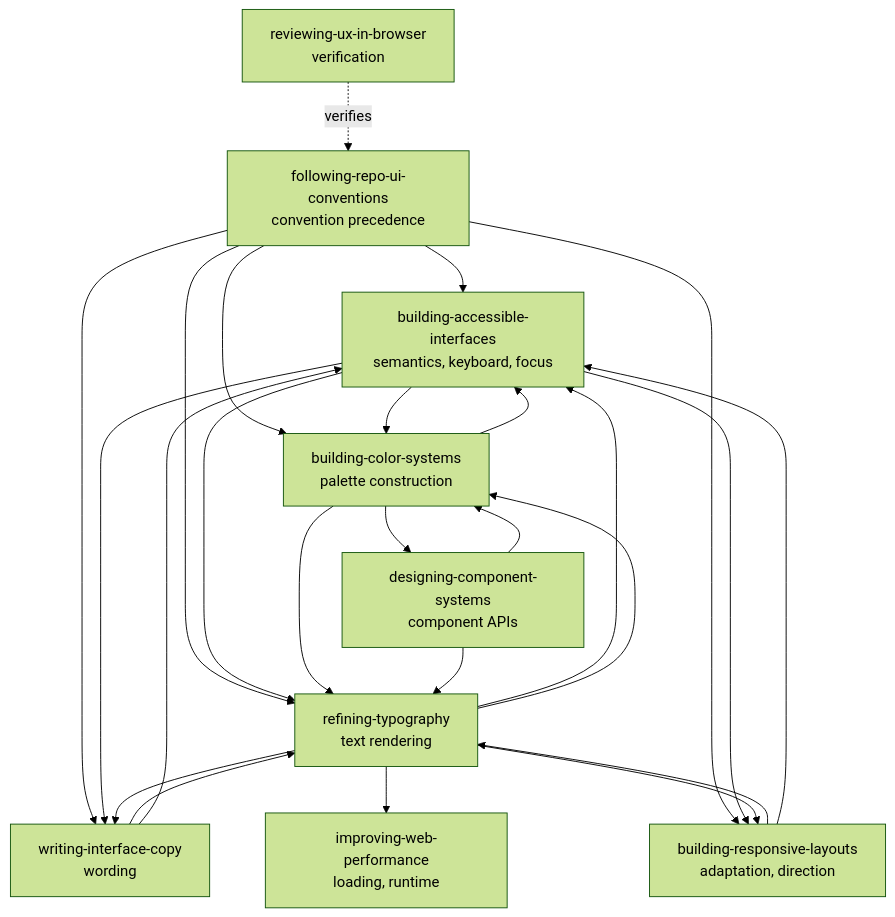
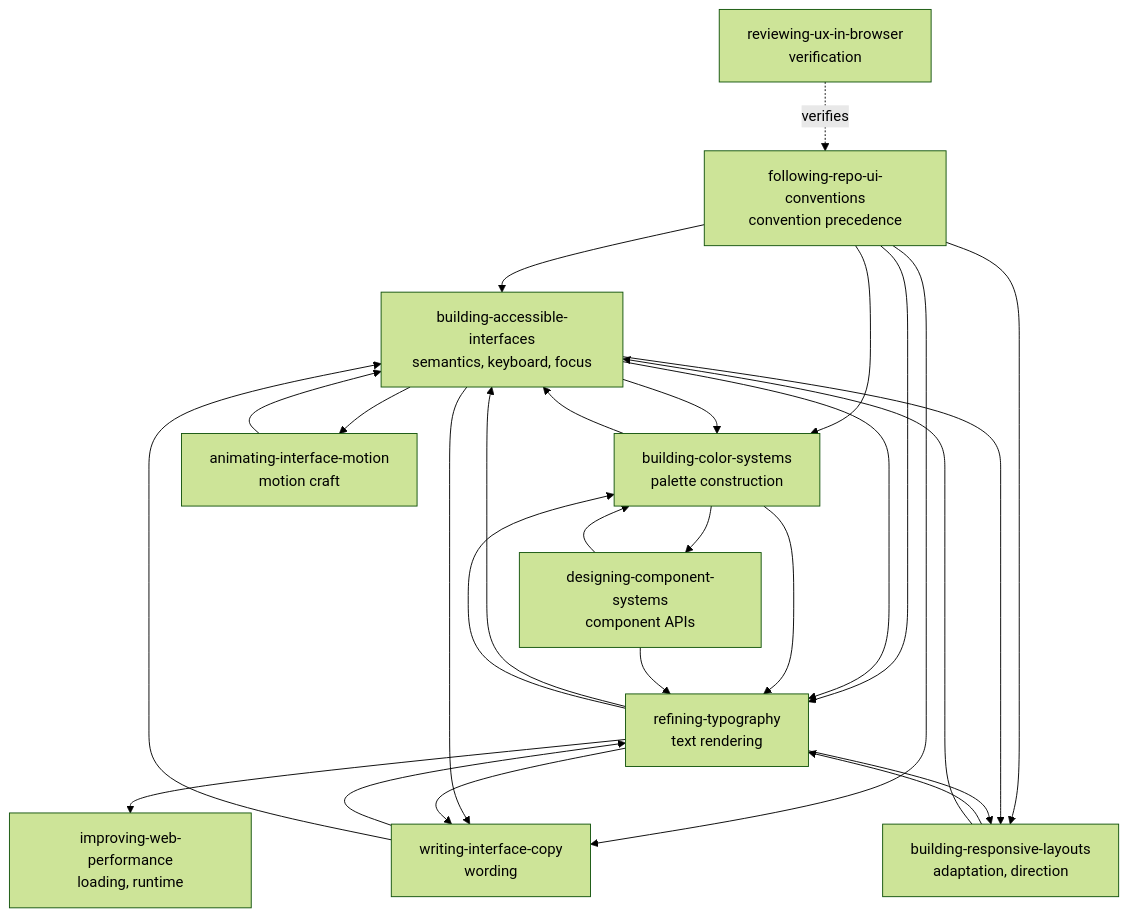
One commit to audacioustux/agents changed the diagram in .agents/skills/README.md. Above: the diagram before and after it, drawn with Mermaid (forest theme). The commit also changed other lines of this file and 3 other files, not shown here.

First line of the commit message:
Split motion craft out of building-accessible-interfaces

````diff
--- a/.agents/skills/README.md
+++ b/.agents/skills/README.md
@@ -74,22 +75,24 @@
 ```mermaid
 flowchart TD
   conv["following-repo-ui-conventions<br/>convention precedence"]
   a11y["building-accessible-interfaces<br/>semantics, keyboard, focus"]
   layout["building-responsive-layouts<br/>adaptation, direction"]
   type["refining-typography<br/>text rendering"]
   color["building-color-systems<br/>palette construction"]
   copy["writing-interface-copy<br/>wording"]
   comp["designing-component-systems<br/>component APIs"]
   perf["improving-web-performance<br/>loading, runtime"]
+  motion["animating-interface-motion<br/>motion craft"]
   browser["reviewing-ux-in-browser<br/>verification"]
 
   conv --> a11y & layout & type & color & copy
-  a11y --> color & type & copy & layout
+  a11y --> color & type & copy & layout & motion
   layout --> type & a11y
   type --> a11y & color & copy & perf & layout
   color --> a11y & comp & type
   copy --> type & a11y
   comp --> color & type
+  motion --> a11y
 
   browser -.->|verifies| conv
 ```
````
